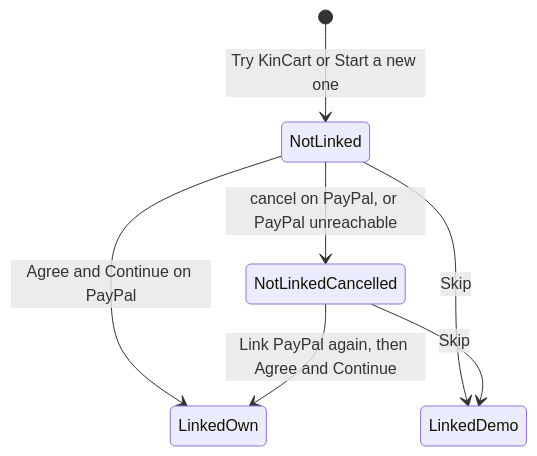
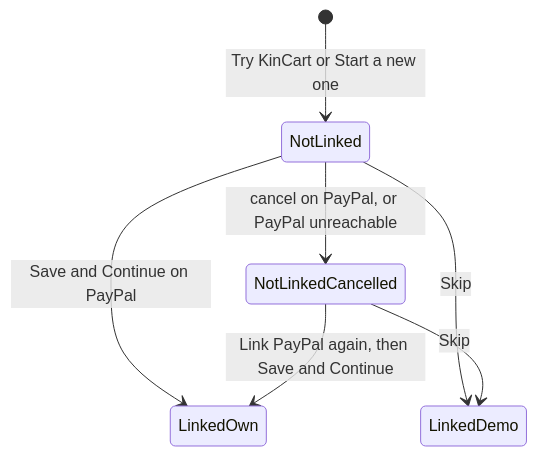
The second of 5 diagrams in docs/specs/link-paypal-onboarding.md (dzaffren/kincart), drawn with Mermaid before and after one commit. The commit also changed other lines of this file, not shown here.

Commit message:
docs(spec): settle O5 and mark link-paypal-onboarding refined

````diff
--- a/docs/specs/link-paypal-onboarding.md
+++ b/docs/specs/link-paypal-onboarding.md
@@ -49,9 +49,9 @@
 ```mermaid
 stateDiagram-v2
     [*] --> NotLinked: Try KinCart or Start a new one
-    NotLinked --> LinkedOwn: Agree and Continue on PayPal
+    NotLinked --> LinkedOwn: Save and Continue on PayPal
     NotLinked --> LinkedDemo: Skip
     NotLinked --> NotLinkedCancelled: cancel on PayPal, or PayPal unreachable
-    NotLinkedCancelled --> LinkedOwn: Link PayPal again, then Agree and Continue
+    NotLinkedCancelled --> LinkedOwn: Link PayPal again, then Save and Continue
     NotLinkedCancelled --> LinkedDemo: Skip
 ```
````
